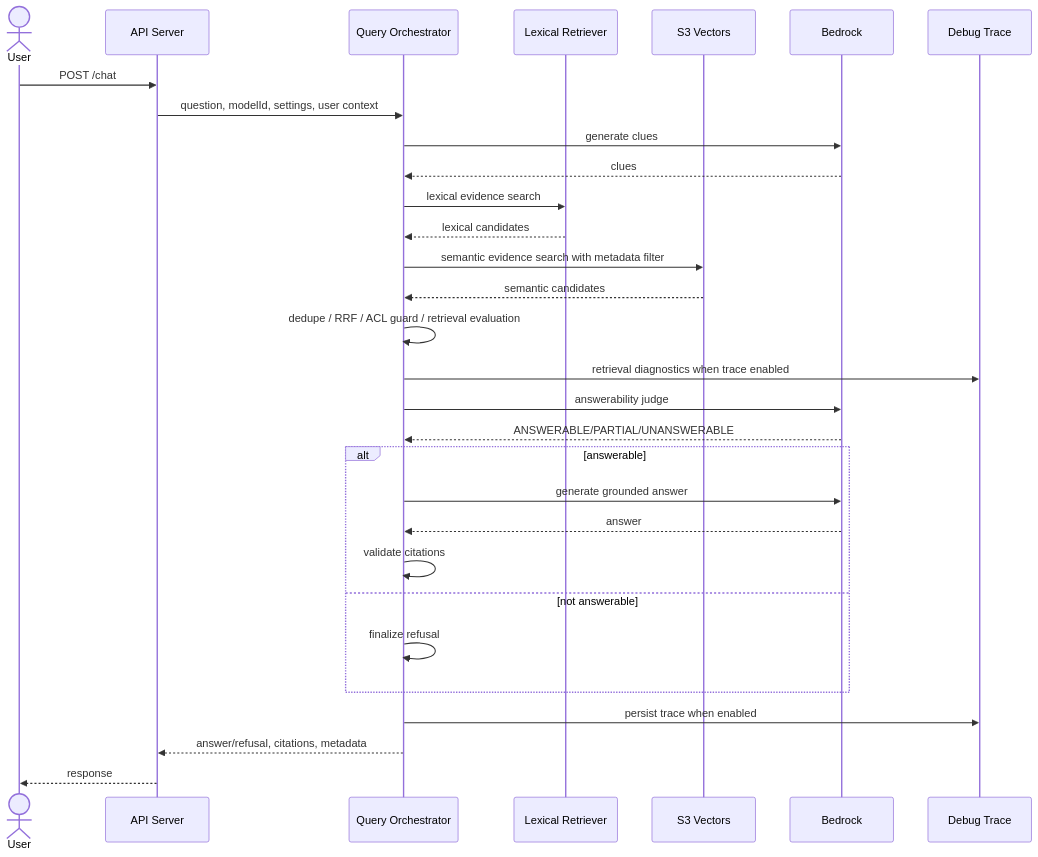
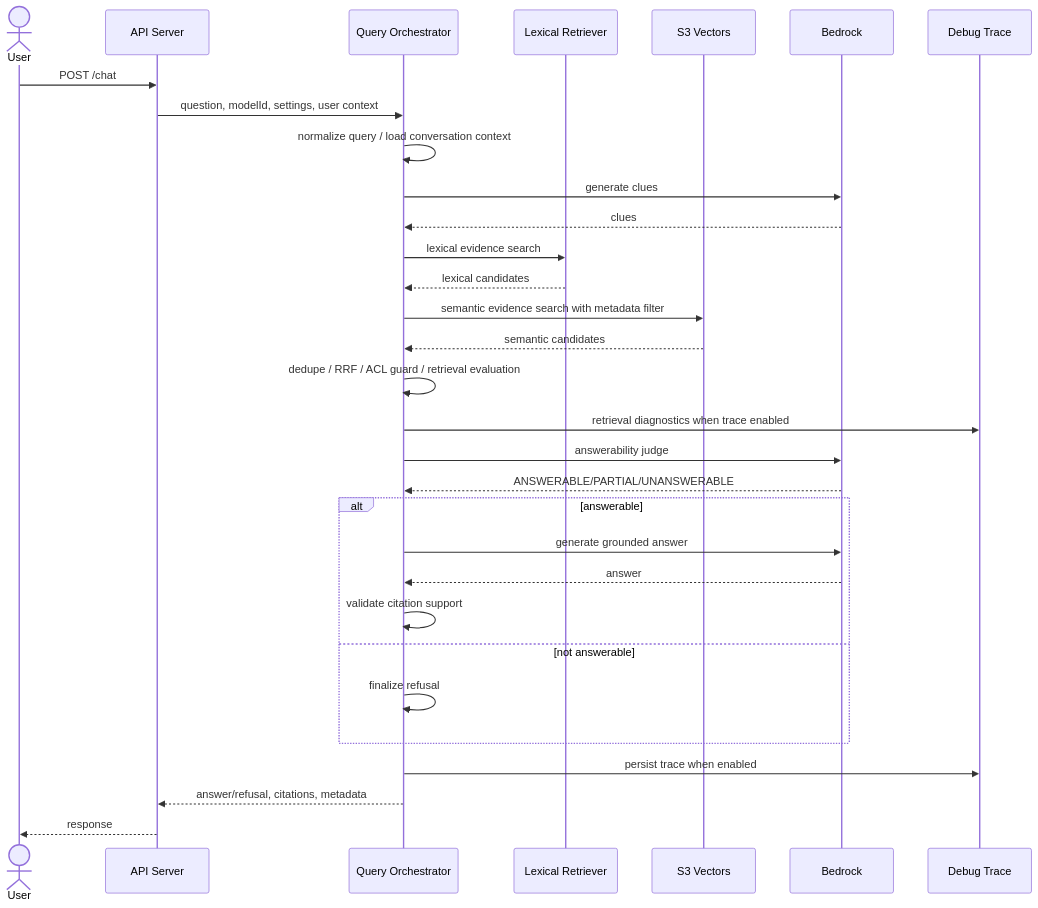
One commit to tsuji-tomonori/rag-assist changed the second of 2 diagrams in memorag-bedrock-mvp/docs/2_アーキテクチャ_ARC/11_ビュー_VIEW/ARC_VIEW_001.md. Above: the diagram before and after it, drawn with Mermaid. The commit also changed other lines of this file and 6 other files, not shown here.

First line of the commit message:
📝 docs(architecture): 能力マップで横断ビュー整理

````diff
--- a/memorag-bedrock-mvp/docs/2_アーキテクチャ_ARC/11_ビュー_VIEW/ARC_VIEW_001.md
+++ b/memorag-bedrock-mvp/docs/2_アーキテクチャ_ARC/11_ビュー_VIEW/ARC_VIEW_001.md
@@ -93,33 +118,34 @@
 ```mermaid
 sequenceDiagram
   actor U as User
   participant API as API Server
   participant RAG as Query Orchestrator
   participant LX as Lexical Retriever
   participant VS as S3 Vectors
   participant BR as Bedrock
   participant TR as Debug Trace
 
   U->>API: POST /chat
   API->>RAG: question, modelId, settings, user context
+  RAG->>RAG: normalize query / load conversation context
   RAG->>BR: generate clues
   BR-->>RAG: clues
   RAG->>LX: lexical evidence search
   LX-->>RAG: lexical candidates
   RAG->>VS: semantic evidence search with metadata filter
   VS-->>RAG: semantic candidates
   RAG->>RAG: dedupe / RRF / ACL guard / retrieval evaluation
   RAG->>TR: retrieval diagnostics when trace enabled
   RAG->>BR: answerability judge
   BR-->>RAG: ANSWERABLE/PARTIAL/UNANSWERABLE
   alt answerable
     RAG->>BR: generate grounded answer
     BR-->>RAG: answer
-    RAG->>RAG: validate citations
+    RAG->>RAG: validate citation support
   else not answerable
     RAG->>RAG: finalize refusal
   end
   RAG->>TR: persist trace when enabled
   RAG-->>API: answer/refusal, citations, metadata
   API-->>U: response
 ```
````
